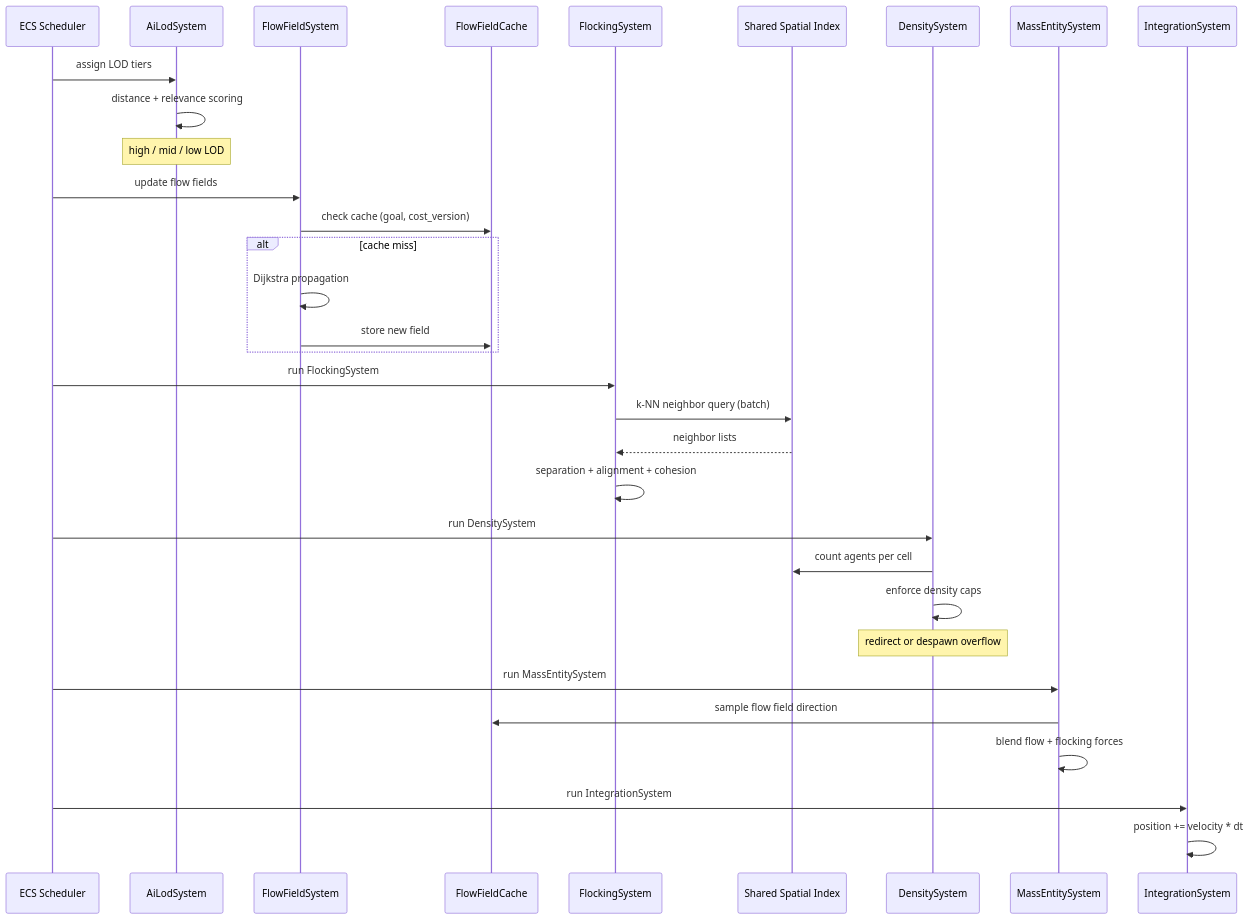
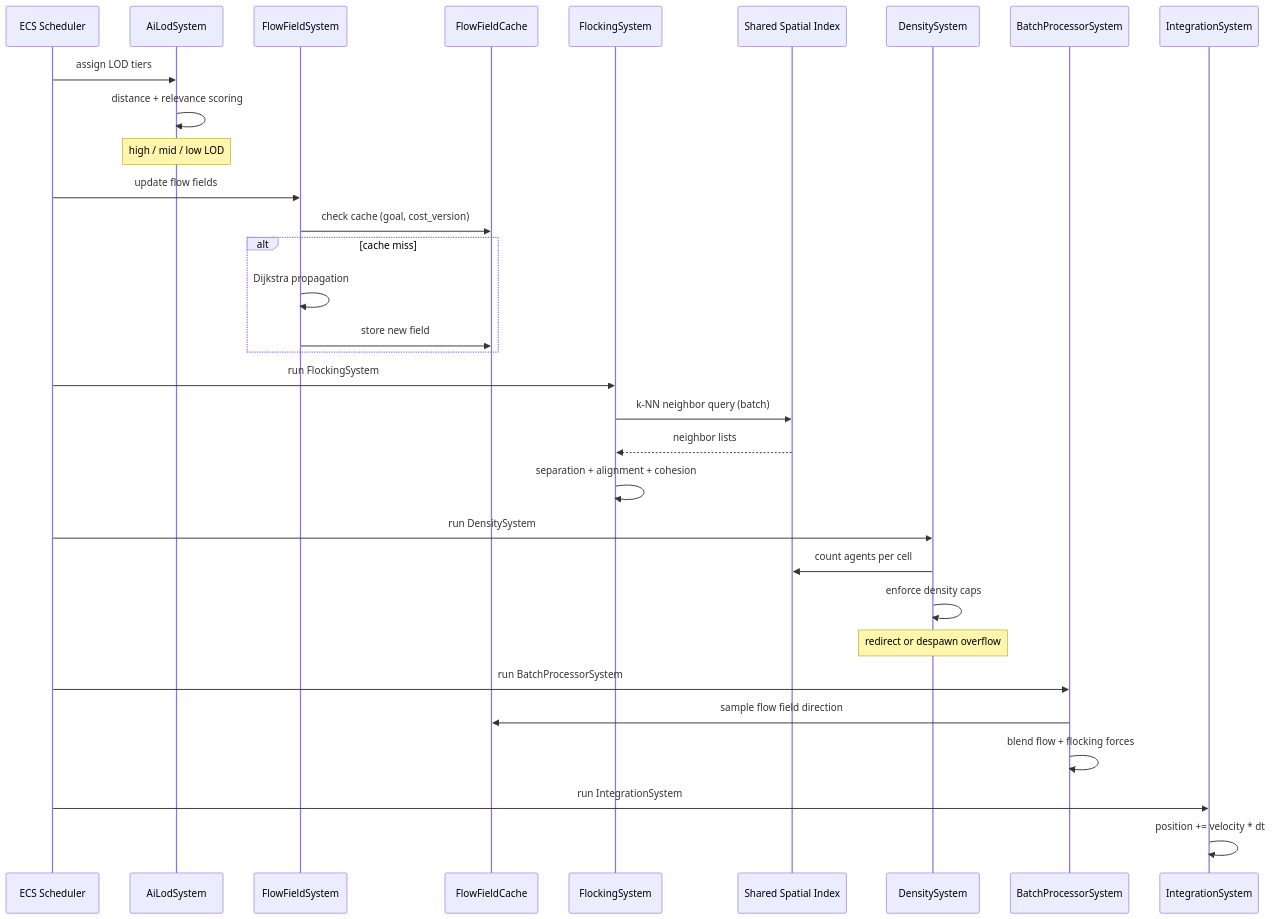
The third of 7 diagrams in docs/design/ai/steering-crowds.md (harmonius-dev/harmonius), drawn with Mermaid before and after one commit. The commit also changed other lines of this file and 582 other files, not shown here.

````diff
--- a/docs/design/ai/steering-crowds.md
+++ b/docs/design/ai/steering-crowds.md
@@ -213,40 +213,40 @@
 ```mermaid
 sequenceDiagram
     participant ECS as ECS Scheduler
     participant LOD as AiLodSystem
     participant FFG as FlowFieldSystem
     participant FFC as FlowFieldCache
     participant FL as FlockingSystem
     participant SI as Shared Spatial Index
     participant DM as DensitySystem
-    participant ME as MassEntitySystem
+    participant ME as BatchProcessorSystem
     participant IN as IntegrationSystem
 
     ECS->>LOD: assign LOD tiers
     LOD->>LOD: distance + relevance scoring
     Note over LOD: high / mid / low LOD
 
     ECS->>FFG: update flow fields
     FFG->>FFC: check cache (goal, cost_version)
     alt cache miss
         FFG->>FFG: Dijkstra propagation
         FFG->>FFC: store new field
     end
 
     ECS->>FL: run FlockingSystem
     FL->>SI: k-NN neighbor query (batch)
     SI-->>FL: neighbor lists
     FL->>FL: separation + alignment + cohesion
 
     ECS->>DM: run DensitySystem
     DM->>SI: count agents per cell
     DM->>DM: enforce density caps
     Note over DM: redirect or despawn overflow
 
-    ECS->>ME: run MassEntitySystem
+    ECS->>ME: run BatchProcessorSystem
     ME->>FFC: sample flow field direction
     ME->>ME: blend flow + flocking forces
 
     ECS->>IN: run IntegrationSystem
     IN->>IN: position += velocity * dt
 ```
````
